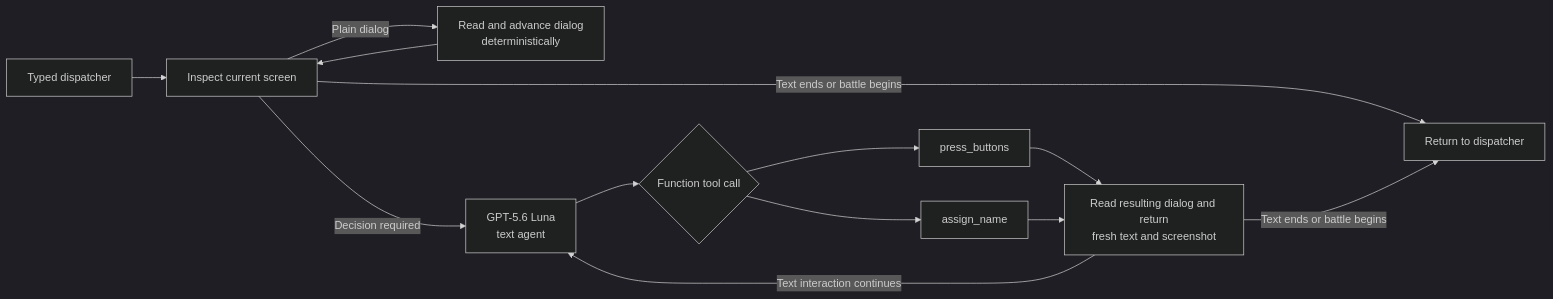
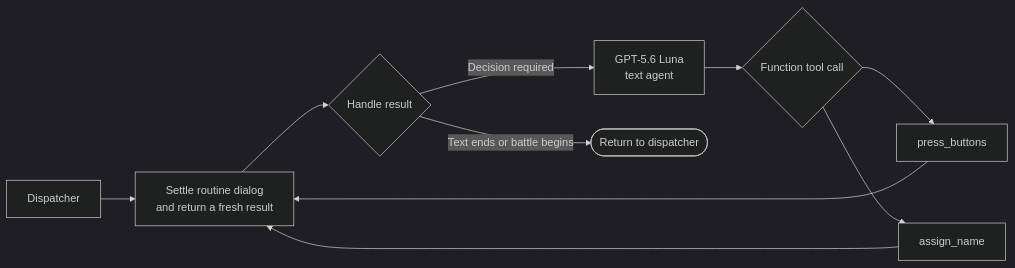
Before and after one commit to clambro/ai-plays-pokemon: the fourth of 4 diagrams in docs/workflow.md, drawn with Mermaid (dark theme). The commit also changed other lines of this file and 26 other files, not shown here.

````diff
--- a/docs/workflow.md
+++ b/docs/workflow.md
@@ -215,16 +178,13 @@
 ```mermaid
 flowchart LR
-    dispatch["Typed dispatcher"] --> inspect["Inspect current screen"]
-    inspect -->|"Plain dialog"| dialog["Read and advance dialog<br/>deterministically"]
-    dialog --> inspect
-    inspect -->|"Decision required"| agent["GPT-5.6 Luna<br/>text agent"]
-    inspect -->|"Text ends or battle begins"| finish["Return to dispatcher"]
+    dispatch["Dispatcher"] --> settle["Settle routine dialog<br/>and return a fresh result"]
+    settle --> handle{"Handle result"}
+    handle -->|"Decision required"| agent["GPT-5.6 Luna<br/>text agent"]
+    handle -->|"Text ends or battle begins"| finish(["Return to dispatcher"])
 
     agent --> choice{"Function tool call"}
     choice --> buttons["press_buttons"]
     choice --> name["assign_name"]
-    buttons --> observe["Read resulting dialog and return<br/>fresh text and screenshot"]
-    name --> observe
-    observe -->|"Text interaction continues"| agent
-    observe -->|"Text ends or battle begins"| finish
+    buttons --> settle
+    name --> settle
 ```
````
